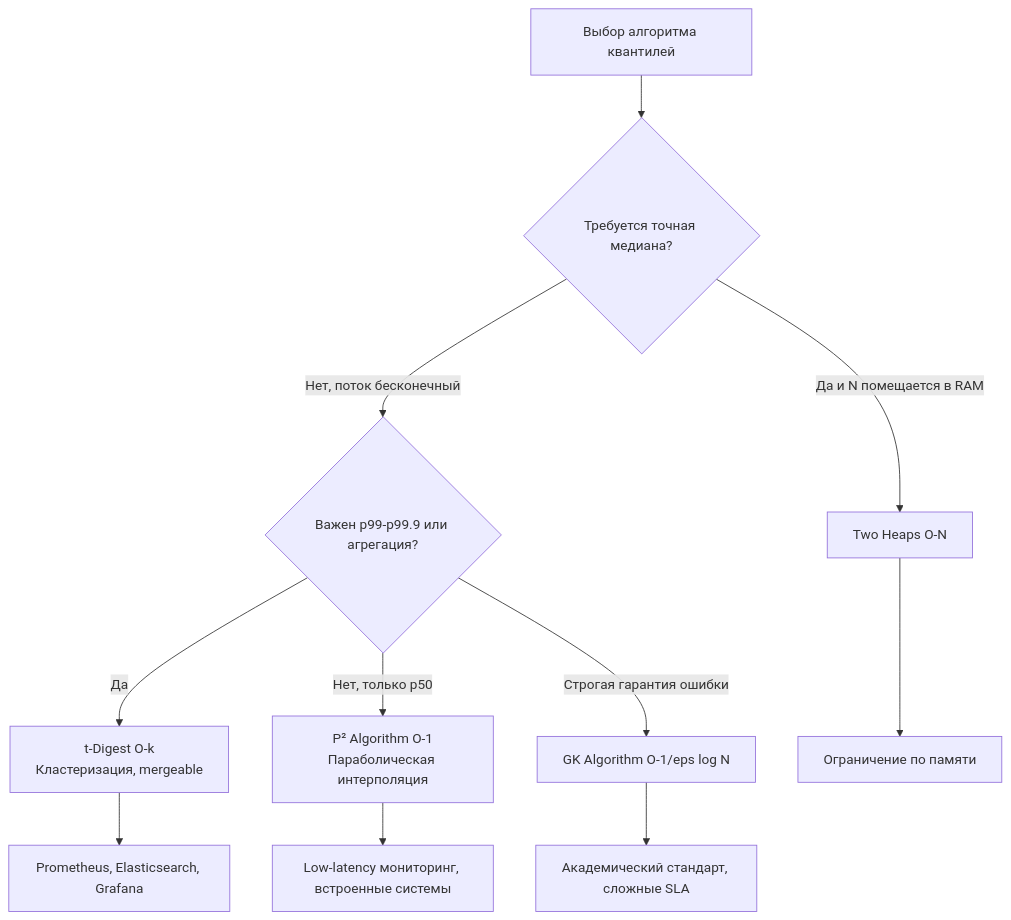
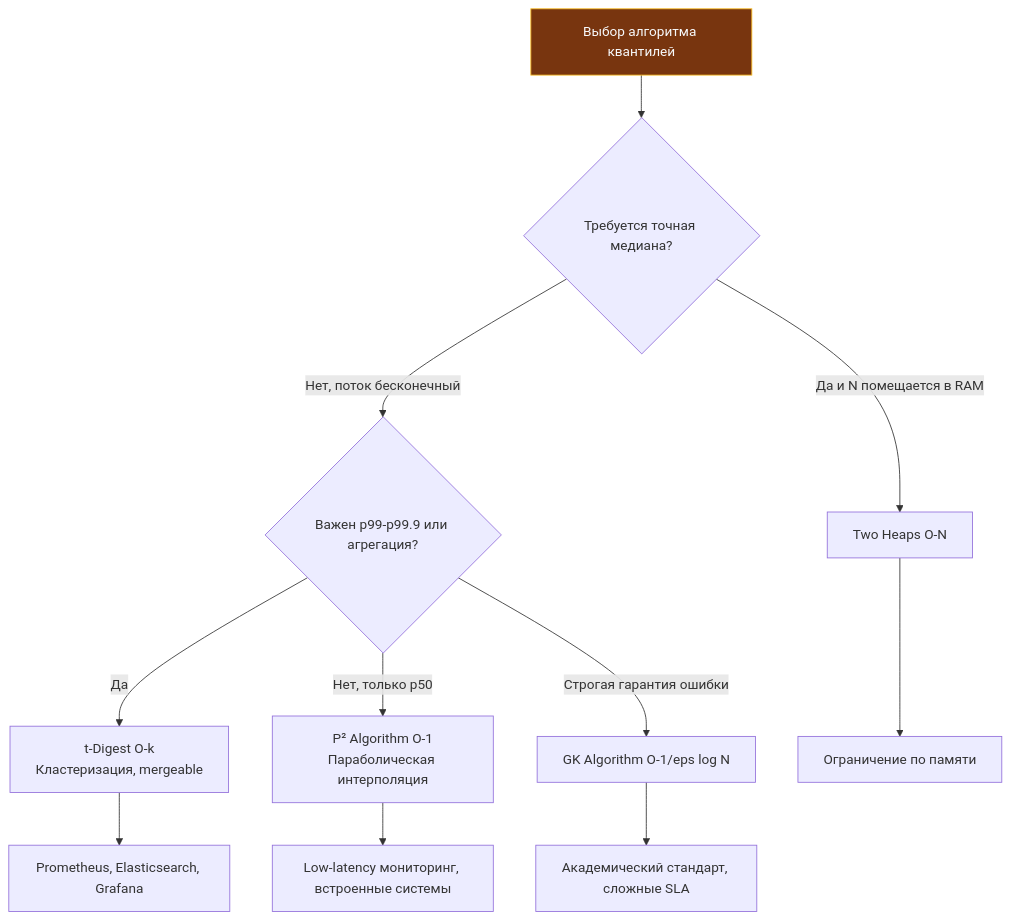
The second of 2 diagrams in sources/21. Задачи с LeetCode и собеседований на Go/02. Задачи/28. Потоковые алгоритмы/5. Find Median in Infinite Stream.md (UnrealTemplier/go-textbook), drawn with Mermaid before and after one commit. The commit also changed other lines of this file and 1666 other files, not shown here.

First line of the commit message:
feat(mermaid): add semantic color classDef to 1369 colorless flowchart/graph diagrams

````diff
--- a/sources/21. Задачи с LeetCode и собеседований на Go/02. Задачи/28. Потоковые алгоритмы/5. Find Median in Infinite Stream.md
+++ b/sources/21. Задачи с LeetCode и собеседований на Go/02. Задачи/28. Потоковые алгоритмы/5. Find Median in Infinite Stream.md
@@ -226,13 +236,23 @@
 ```mermaid
 flowchart TD
-  A["Выбор алгоритма квантилей"] --> B{"Требуется точная медиана?"}
+    classDef process  fill:#1e293b,stroke:#38bdf8,stroke-width:1px,color:#f8fafc
+    classDef success  fill:#064e3b,stroke:#34d399,stroke-width:1px,color:#f8fafc
+    classDef error    fill:#7f1d1d,stroke:#f87171,stroke-width:1px,color:#f8fafc
+    classDef warning  fill:#78350f,stroke:#fbbf24,stroke-width:1px,color:#f8fafc
+    classDef entry    fill:#1e3a5f,stroke:#38bdf8,stroke-width:2px,color:#f8fafc
+    classDef aux      fill:#334155,stroke:#64748b,stroke-width:1px,color:#f8fafc
+    classDef system   fill:#312e81,stroke:#a78bfa,stroke-width:1px,color:#f8fafc
+    classDef data     fill:#132d29,stroke:#2dd4bf,stroke-width:1px,color:#f8fafc
+    classDef network  fill:#881337,stroke:#fb7185,stroke-width:1px,color:#f8fafc
+    classDef accent   fill:#1e1b4b,stroke:#818cf8,stroke-width:1px,color:#f8fafc
+  A["Выбор алгоритма квантилей"]:::warning --> B{"Требуется точная медиана?"}
   B -->|Да и N помещается в RAM| C["Two Heaps O-N"]
   B -->|Нет, поток бесконечный| D{"Важен p99-p99.9 или агрегация?"}
   D -->|Да| E["t-Digest O-k<br>Кластеризация, mergeable"]
   D -->|Нет, только p50| F["P² Algorithm O-1<br>Параболическая интерполяция"]
   D -->|Строгая гарантия ошибки| G["GK Algorithm O-1/eps log N"]
   C --> H["Ограничение по памяти"]
   E --> I["Prometheus, Elasticsearch, Grafana"]
   F --> J["Low-latency мониторинг, встроенные системы"]
   G --> K["Академический стандарт, сложные SLA"]
 ```
````
